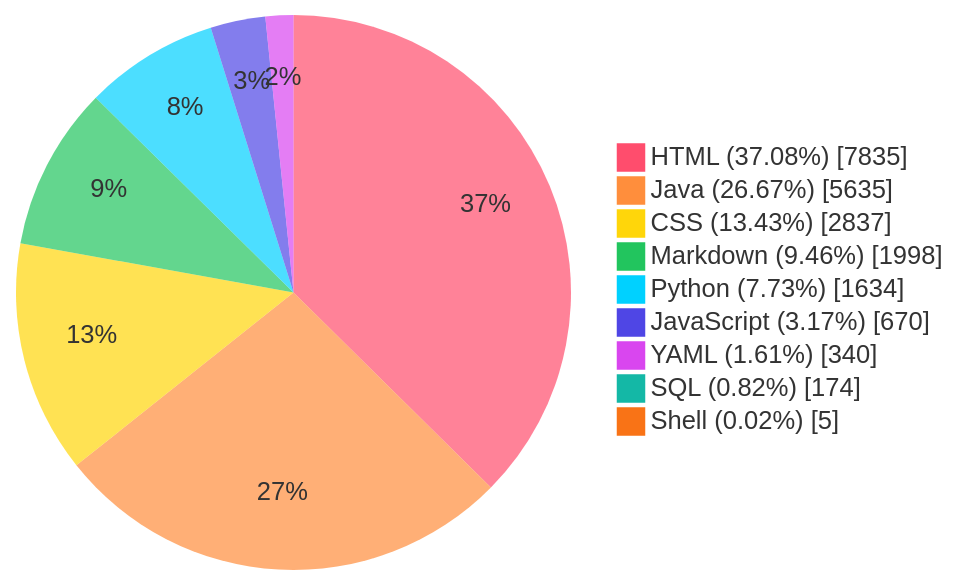
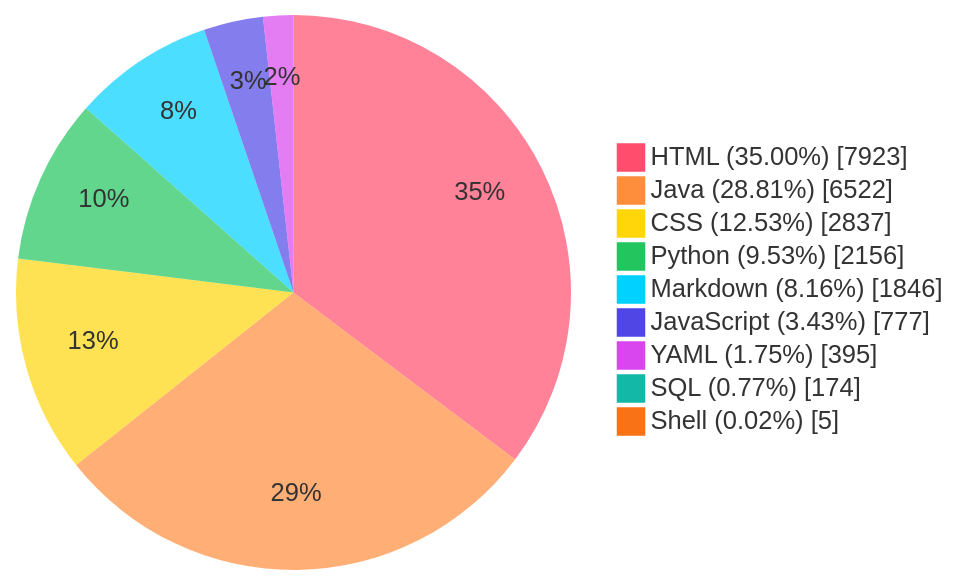
The diagram in README.md (TheBadRoger/BUCT-Teaching-Aids), drawn with Mermaid before and after one commit. The commit also changed other lines of this file and 37 other files, not shown here.

````diff
--- a/README.md
+++ b/README.md
@@ -37,28 +41,28 @@
 ```mermaid
 %%{init: {'theme':'base','themeVariables': {
   'fontFamily': 'Fira Code, JetBrains Mono, Source Code Pro, Cascadia Code, Menlo, Consolas, monospace',
   'pieStrokeColor': 'transparent',
   'pieStrokeWidth': '0px',
   'pieOuterStrokeWidth': '0px',
   'pie1': '#FF4D6D',
   'pie2': '#FF8E3C',
   'pie3': '#FFD60A',
   'pie4': '#22C55E',
   'pie5': '#00D1FF',
   'pie6': '#4F46E5',
   'pie7': '#D946EF',
   'pie8': '#14B8A6',
   'pie9': '#F97316',
   'pie10': '#A855F7'
 }}}%%
 pie showData
-    "HTML (37.08%)" : 7835
-    "Java (26.67%)" : 5635
-    "CSS (13.43%)" : 2837
-    "Markdown (9.46%)" : 1998
-    "Python (7.73%)" : 1634
-    "JavaScript (3.17%)" : 670
-    "YAML (1.61%)" : 340
-    "SQL (0.82%)" : 174
+    "HTML (35.00%)" : 7923
+    "Java (28.81%)" : 6522
+    "CSS (12.53%)" : 2837
+    "Python (9.53%)" : 2156
+    "Markdown (8.16%)" : 1846
+    "JavaScript (3.43%)" : 777
+    "YAML (1.75%)" : 395
+    "SQL (0.77%)" : 174
     "Shell (0.02%)" : 5
 ```
````
